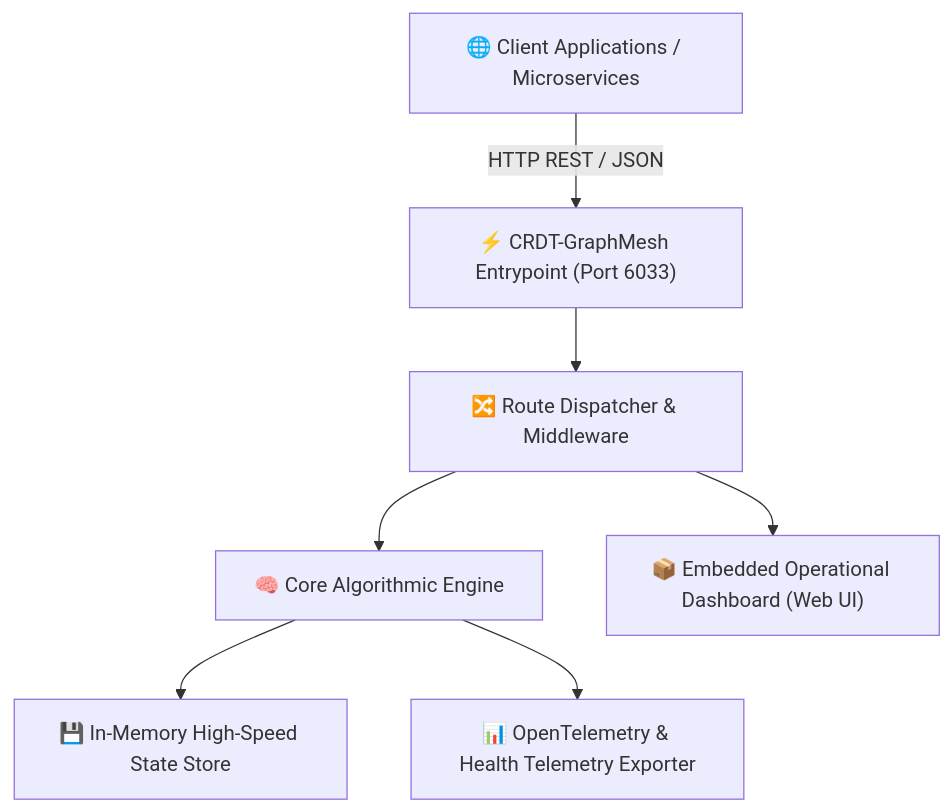
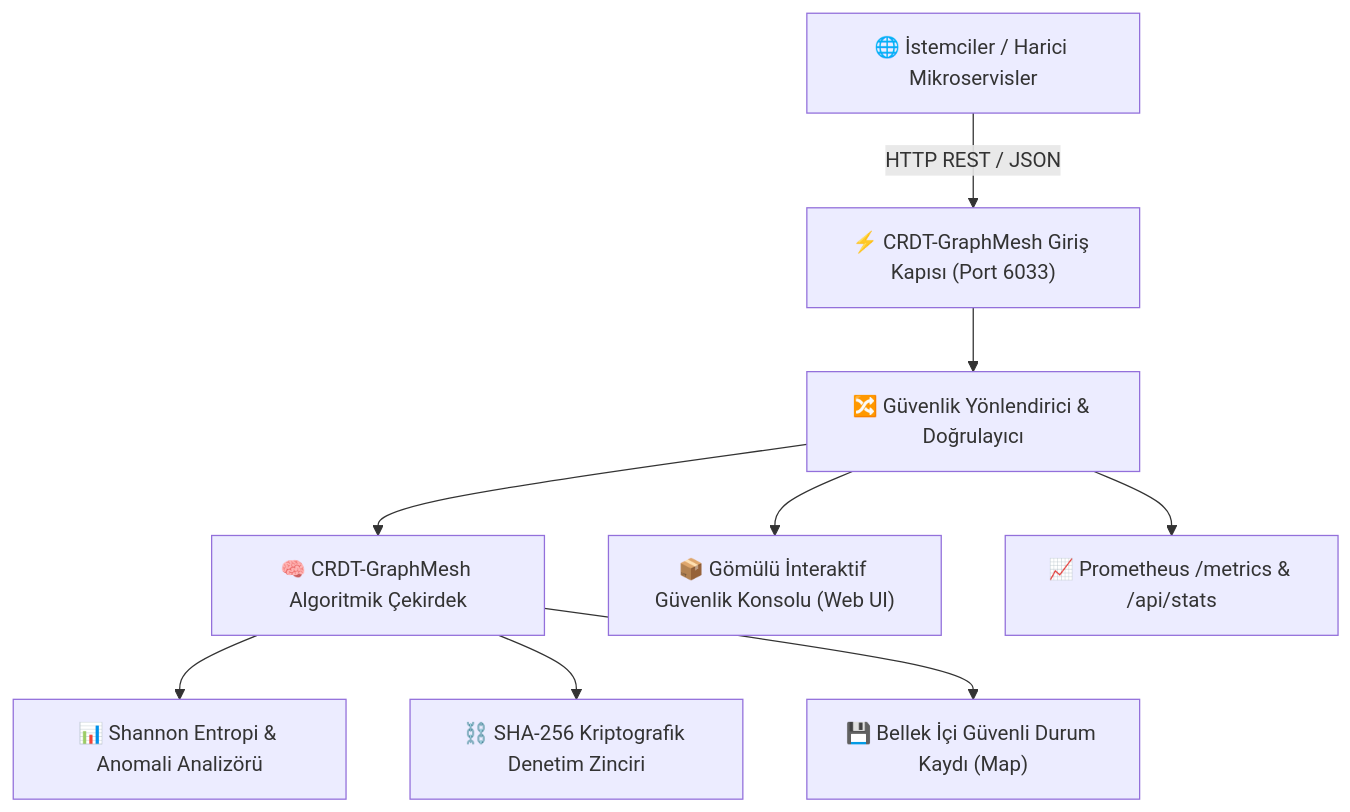
One commit to alinurettin/CRDT-GraphMesh changed the diagram in README.md. Above: the diagram before and after it, drawn with Mermaid. The commit also changed other lines of this file and 3 other files, not shown here.

````diff
--- a/README.md
+++ b/README.md
@@ -22,9 +53,11 @@
 ```mermaid
 flowchart TD
-    Client["🌐 Client Applications / Microservices"] -->|HTTP REST / JSON| Gateway["⚡ CRDT-GraphMesh Entrypoint (Port 6033)"]
-    Gateway --> Router["🔀 Route Dispatcher & Middleware"]
-    Router --> Engine["🧠 Core Algorithmic Engine"]
-    Engine --> Storage["💾 In-Memory High-Speed State Store"]
-    Router --> Static["📦 Embedded Operational Dashboard (Web UI)"]
-    Engine --> Metrics["📊 OpenTelemetry & Health Telemetry Exporter"]
+    Client["🌐 İstemciler / Harici Mikroservisler"] -->|HTTP REST / JSON| Entrypoint["⚡ CRDT-GraphMesh Giriş Kapısı (Port 6033)"]
+    Entrypoint --> Dispatcher["🔀 Güvenlik Yönlendirici & Doğrulayıcı"]
+    Dispatcher --> CoreEngine["🧠 CRDT-GraphMesh Algoritmik Çekirdek"]
+    CoreEngine --> Entropy["📊 Shannon Entropi & Anomali Analizörü"]
+    CoreEngine --> HashChain["⛓️ SHA-256 Kriptografik Denetim Zinciri"]
+    CoreEngine --> Storage["💾 Bellek İçi Güvenli Durum Kaydı (Map)"]
+    Dispatcher --> WebUI["📦 Gömülü İnteraktif Güvenlik Konsolu (Web UI)"]
+    Dispatcher --> Telemetry["📈 Prometheus /metrics & /api/stats"]
 ```
````
